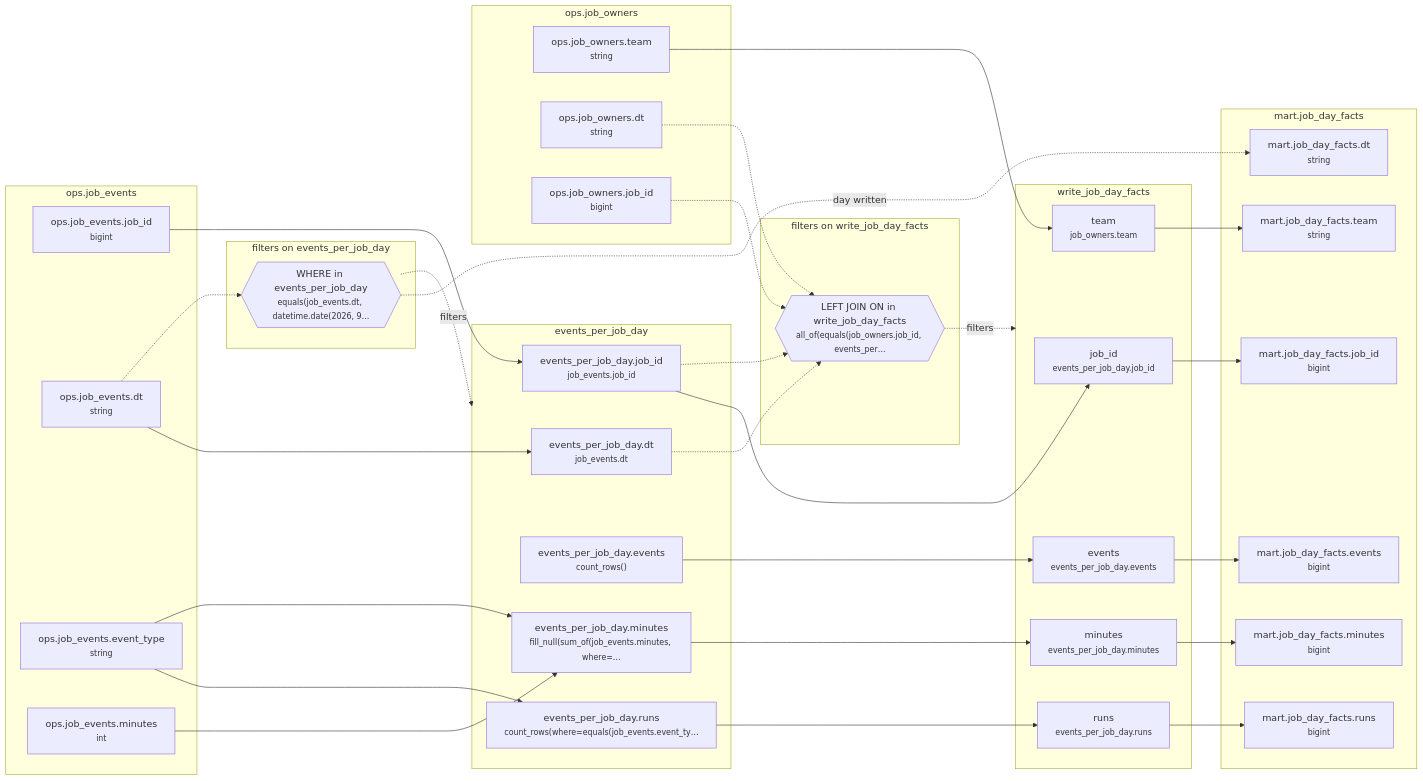
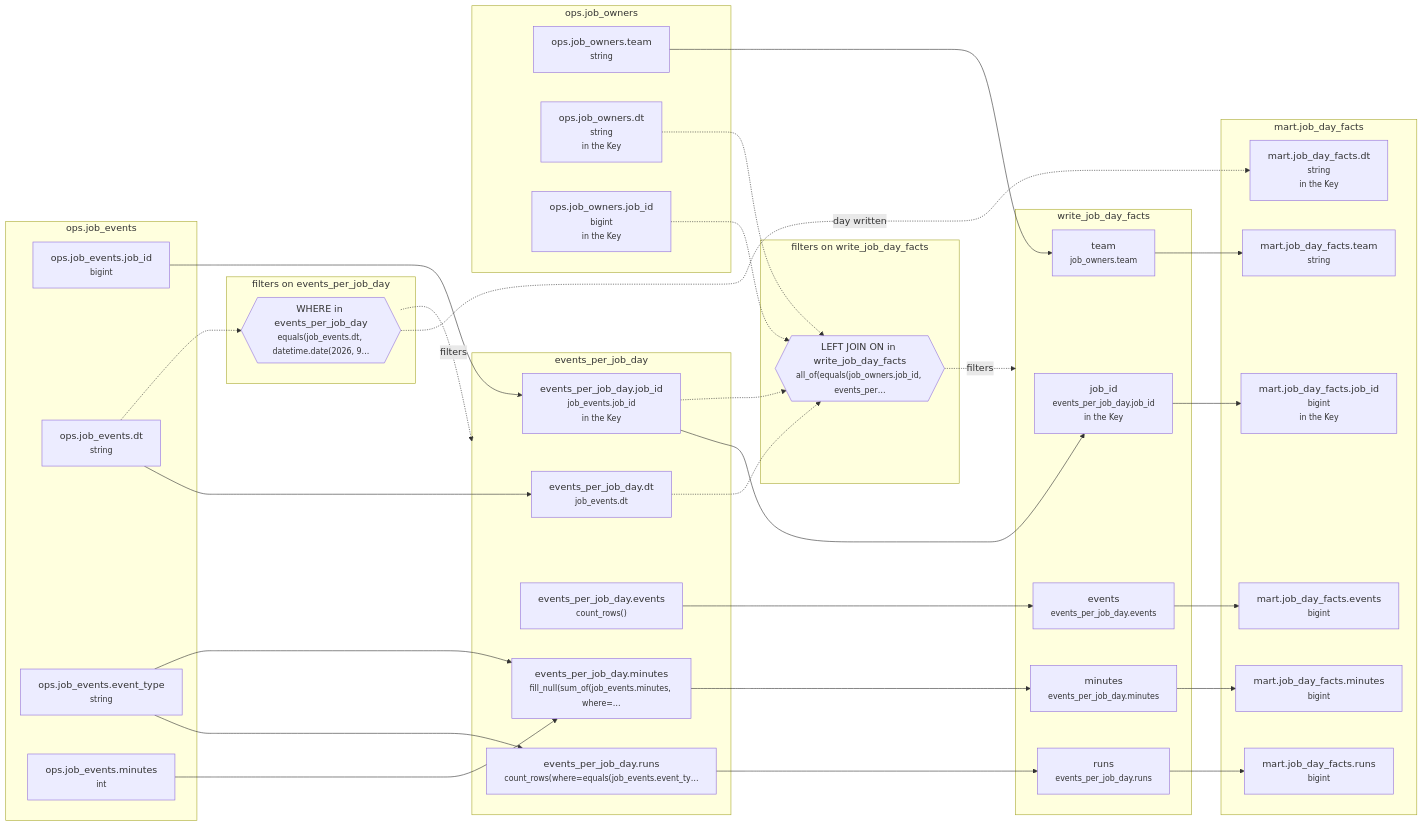
The diagram in example_projects/spark_composer/intermediate/lineage/example_2_owner_as_of.md (EdgyPage/SQL-Composer), drawn with Mermaid before and after one commit. The commit also changed other lines of this file and 159 other files, not shown here.

````diff
--- a/example_projects/spark_composer/intermediate/lineage/example_2_owner_as_of.md
+++ b/example_projects/spark_composer/intermediate/lineage/example_2_owner_as_of.md
@@ -8,65 +8,65 @@
 ```mermaid
 flowchart LR
   subgraph g0["ops.job_events"]
     n0["ops.job_events.job_id<br/><small>bigint</small>"]
     n2["ops.job_events.dt<br/><small>string</small>"]
     n5["ops.job_events.event_type<br/><small>string</small>"]
     n7["ops.job_events.minutes<br/><small>int</small>"]
   end
   subgraph g1["events_per_job_day"]
-    n1["events_per_job_day.job_id<br/><small>job_events.job_id</small>"]
+    n1["events_per_job_day.job_id<br/><small>job_events.job_id</small><br/><small>in the Key</small>"]
     n3["events_per_job_day.dt<br/><small>job_events.dt</small>"]
     n4["events_per_job_day.events<br/><small>count_rows()</small>"]
     n6["events_per_job_day.runs<br/><small>count_rows(where=equals(job_events.event_ty…</small>"]
     n8["events_per_job_day.minutes<br/><small>fill_null(sum_of(job_events.minutes, where=…</small>"]
   end
   subgraph g2["filters on events_per_job_day"]
     n9{{"WHERE in events_per_job_day<br/><small>equals(job_events.dt, datetime.date(2026, 9…</small>"}}
   end
   subgraph g3["write_job_day_facts"]
-    n10["job_id<br/><small>events_per_job_day.job_id</small>"]
+    n10["job_id<br/><small>events_per_job_day.job_id</small><br/><small>in the Key</small>"]
     n12["team<br/><small>job_owners.team</small>"]
     n13["events<br/><small>events_per_job_day.events</small>"]
     n14["runs<br/><small>events_per_job_day.runs</small>"]
     n15["minutes<br/><small>events_per_job_day.minutes</small>"]
   end
   subgraph g4["ops.job_owners"]
     n11["ops.job_owners.team<br/><small>string</small>"]
-    n17["ops.job_owners.dt<br/><small>string</small>"]
-    n18["ops.job_owners.job_id<br/><small>bigint</small>"]
+    n17["ops.job_owners.dt<br/><small>string</small><br/><small>in the Key</small>"]
+    n18["ops.job_owners.job_id<br/><small>bigint</small><br/><small>in the Key</small>"]
   end
   subgraph g5["filters on write_job_day_facts"]
     n16{{"LEFT JOIN ON in write_job_day_facts<br/><small>all_of(equals(job_owners.job_id, events_per…</small>"}}
   end
   subgraph g6["mart.job_day_facts"]
-    n19["mart.job_day_facts.job_id<br/><small>bigint</small>"]
+    n19["mart.job_day_facts.job_id<br/><small>bigint</small><br/><small>in the Key</small>"]
     n20["mart.job_day_facts.team<br/><small>string</small>"]
     n21["mart.job_day_facts.events<br/><small>bigint</small>"]
     n22["mart.job_day_facts.runs<br/><small>bigint</small>"]
     n23["mart.job_day_facts.minutes<br/><small>bigint</small>"]
-    n24["mart.job_day_facts.dt<br/><small>string</small>"]
+    n24["mart.job_day_facts.dt<br/><small>string</small><br/><small>in the Key</small>"]
   end
   n0 --> n1
   n2 --> n3
   n5 --> n6
   n7 --> n8
   n5 --> n8
   n2 -.-> n9
   n1 --> n10
   n11 --> n12
   n4 --> n13
   n6 --> n14
   n8 --> n15
   n17 -.-> n16
   n18 -.-> n16
   n1 -.-> n16
   n3 -.-> n16
   n10 --> n19
   n12 --> n20
   n13 --> n21
   n14 --> n22
   n15 --> n23
   n9 -.->|day written| n24
   n9 -.->|filters| g1
   n16 -.->|filters| g3
 ```
````
